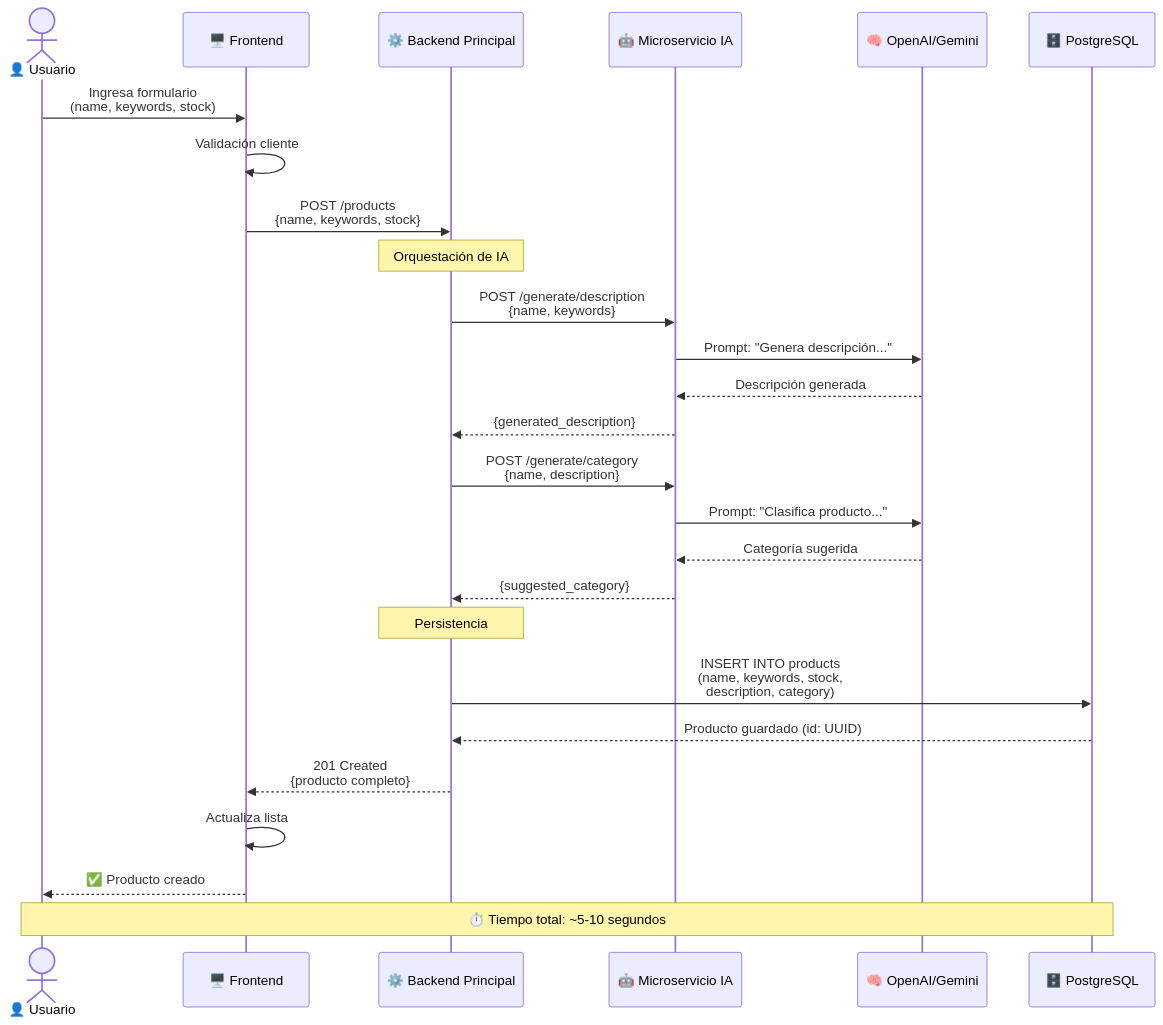
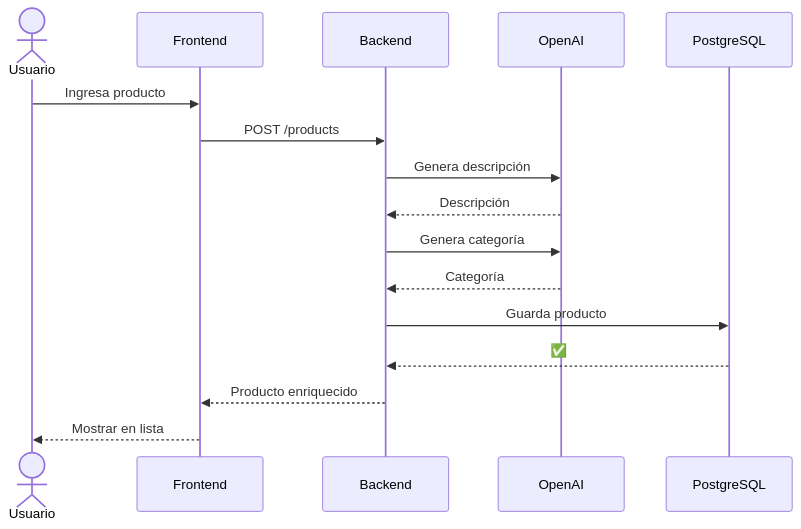
Before and after one commit to Revolutionnnn/gestor-ia: the second of 3 diagrams in DIAGRAMS.md, drawn with Mermaid. The commit also changed other lines of this file and 1 other file, not shown here.

Commit message:
Refactor architecture diagrams: simplify structure and update flow representations

````diff
--- a/DIAGRAMS.md
+++ b/DIAGRAMS.md
@@ -47,37 +24,19 @@
 ```mermaid
 sequenceDiagram
-    actor User as 👤 Usuario
-    participant UI as 🖥️ Frontend
-    participant BFF as ⚙️ Backend Principal
-    participant IA as 🤖 Microservicio IA
-    participant LLM as 🧠 OpenAI/Gemini
-    participant DB as 🗄️ PostgreSQL
+    actor U as Usuario
+    participant UI as Frontend
+    participant API as Backend
+    participant LLM as OpenAI
+    participant DB as PostgreSQL
 
-    User->>UI: Ingresa formulario<br/>(name, keywords, stock)
-    UI->>UI: Validación cliente
-    
-    UI->>BFF: POST /products<br/>{name, keywords, stock}
-    
-    Note over BFF: Orquestación de IA
-    
-    BFF->>IA: POST /generate/description<br/>{name, keywords}
-    IA->>LLM: Prompt: "Genera descripción..."
-    LLM-->>IA: Descripción generada
-    IA-->>BFF: {generated_description}
-    
-    BFF->>IA: POST /generate/category<br/>{name, description}
-    IA->>LLM: Prompt: "Clasifica producto..."
-    LLM-->>IA: Categoría sugerida
-    IA-->>BFF: {suggested_category}
-    
-    Note over BFF: Persistencia
-    
-    BFF->>DB: INSERT INTO products<br/>(name, keywords, stock,<br/>description, category)
-    DB-->>BFF: Producto guardado (id: UUID)
-    
-    BFF-->>UI: 201 Created<br/>{producto completo}
-    UI->>UI: Actualiza lista
-    UI-->>User: ✅ Producto creado
-    
-    Note over User,DB: ⏱️ Tiempo total: ~5-10 segundos
+    U->>UI: Ingresa producto
+    UI->>API: POST /products
+    API->>LLM: Genera descripción
+    LLM-->>API: Descripción
+    API->>LLM: Genera categoría
+    LLM-->>API: Categoría
+    API->>DB: Guarda producto
+    DB-->>API: ✅
+    API-->>UI: Producto enriquecido
+    UI-->>U: Mostrar en lista
 ```
````
